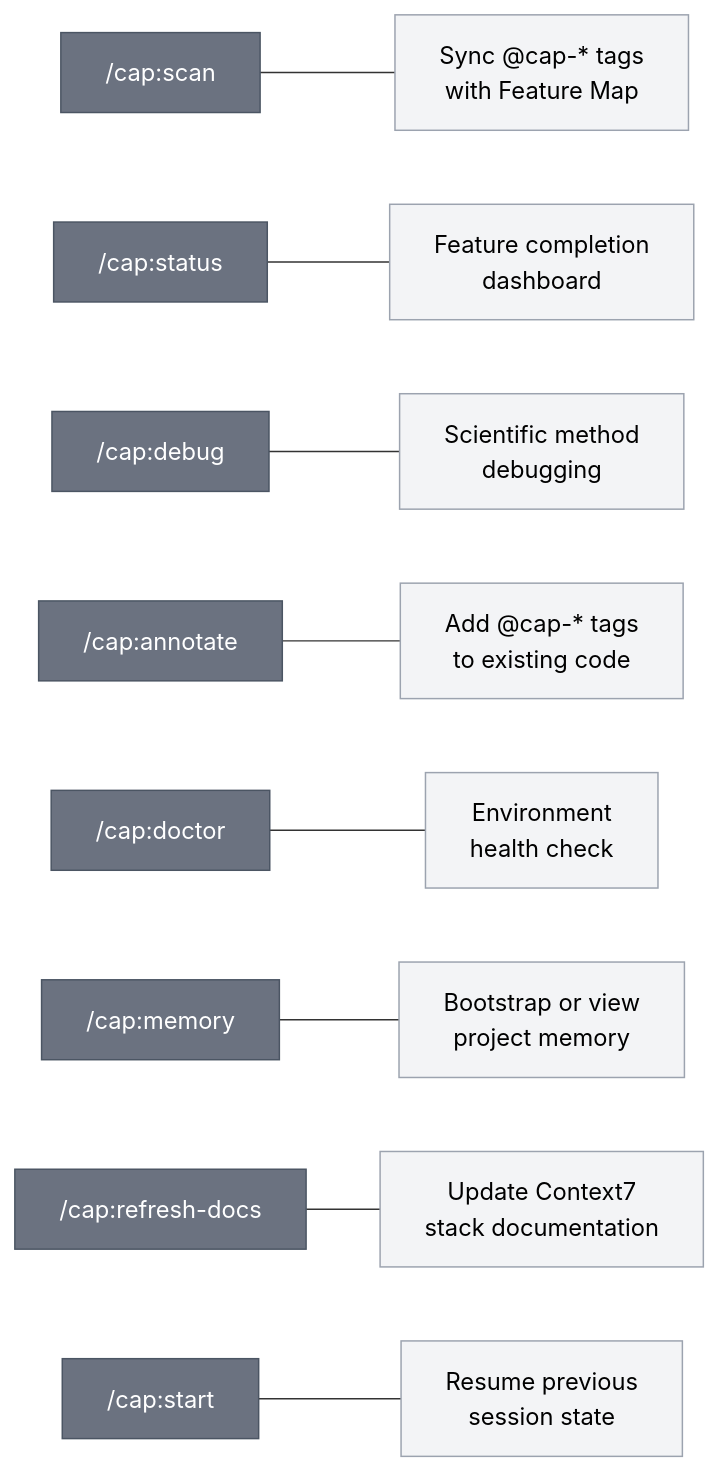
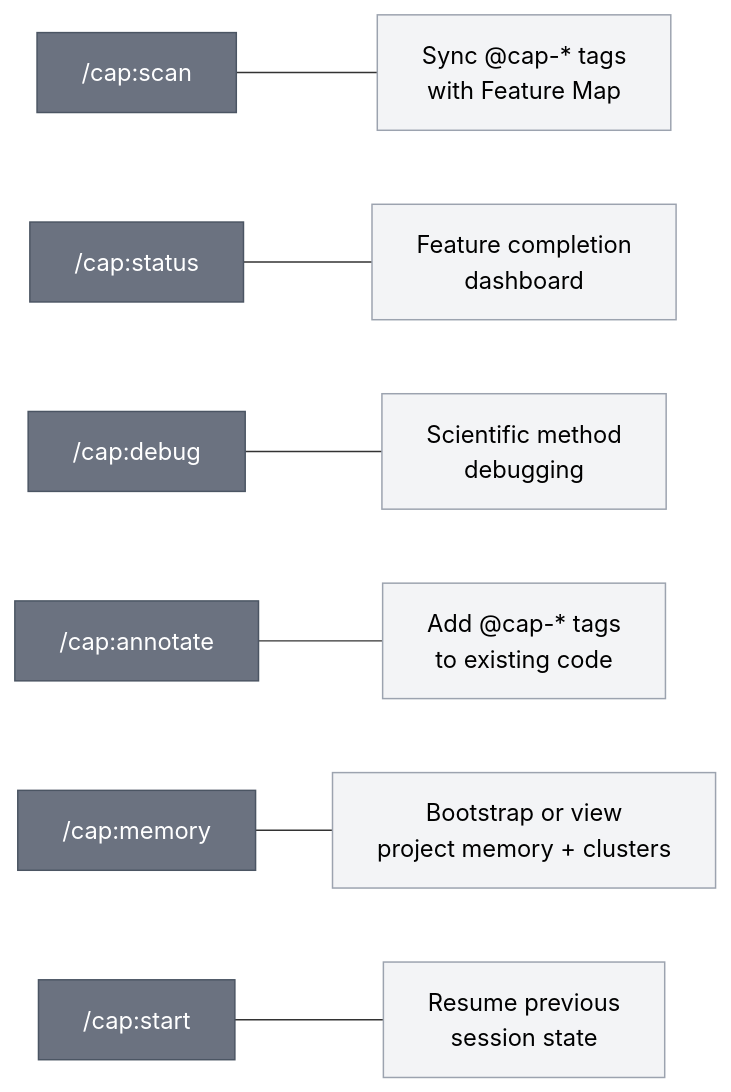
The eighth of 9 diagrams in docs/CAP-WORKFLOW.md (dwall-sys/code-as-plan), drawn with Mermaid before and after one commit. The commit also changed other lines of this file and 141 other files, not shown here.

````diff
--- a/docs/CAP-WORKFLOW.md
+++ b/docs/CAP-WORKFLOW.md
@@ -328,37 +328,29 @@
 ```mermaid
 flowchart LR
     classDef support fill:#6b7280,color:#fff,stroke:#4b5563
     classDef desc fill:#f3f4f6,color:#000,stroke:#9ca3af
 
     SCAN["/cap:scan"]:::support
     SCAN_D["Sync @cap-* tags<br/>with Feature Map"]:::desc
     SCAN --- SCAN_D
 
     STATUS["/cap:status"]:::support
     STATUS_D["Feature completion<br/>dashboard"]:::desc
     STATUS --- STATUS_D
 
     DEBUG["/cap:debug"]:::support
     DEBUG_D["Scientific method<br/>debugging"]:::desc
     DEBUG --- DEBUG_D
 
     ANNOTATE["/cap:annotate"]:::support
     ANNOTATE_D["Add @cap-* tags<br/>to existing code"]:::desc
     ANNOTATE --- ANNOTATE_D
 
-    DOCTOR["/cap:doctor"]:::support
-    DOCTOR_D["Environment<br/>health check"]:::desc
-    DOCTOR --- DOCTOR_D
-
     MEMORY["/cap:memory"]:::support
-    MEMORY_D["Bootstrap or view<br/>project memory"]:::desc
+    MEMORY_D["Bootstrap or view<br/>project memory + clusters"]:::desc
     MEMORY --- MEMORY_D
-
-    REFRESH["/cap:refresh-docs"]:::support
-    REFRESH_D["Update Context7<br/>stack documentation"]:::desc
-    REFRESH --- REFRESH_D
 
     START_CMD["/cap:start"]:::support
     START_D["Resume previous<br/>session state"]:::desc
     START_CMD --- START_D
 ```
````
